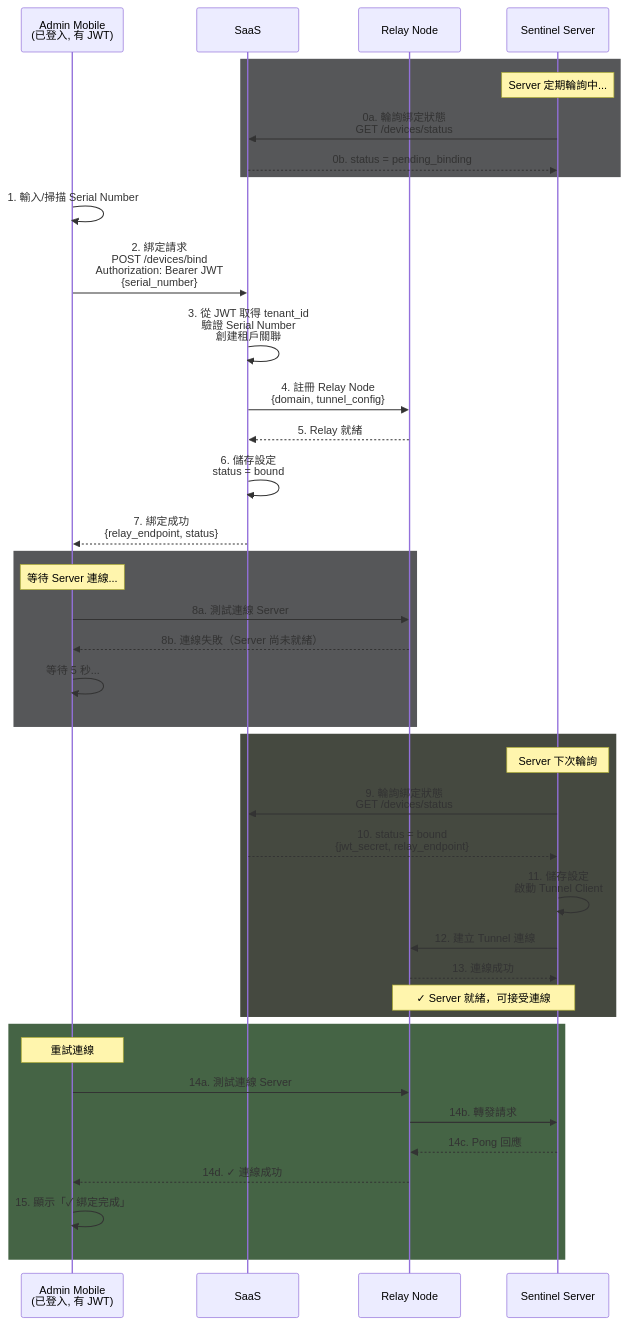
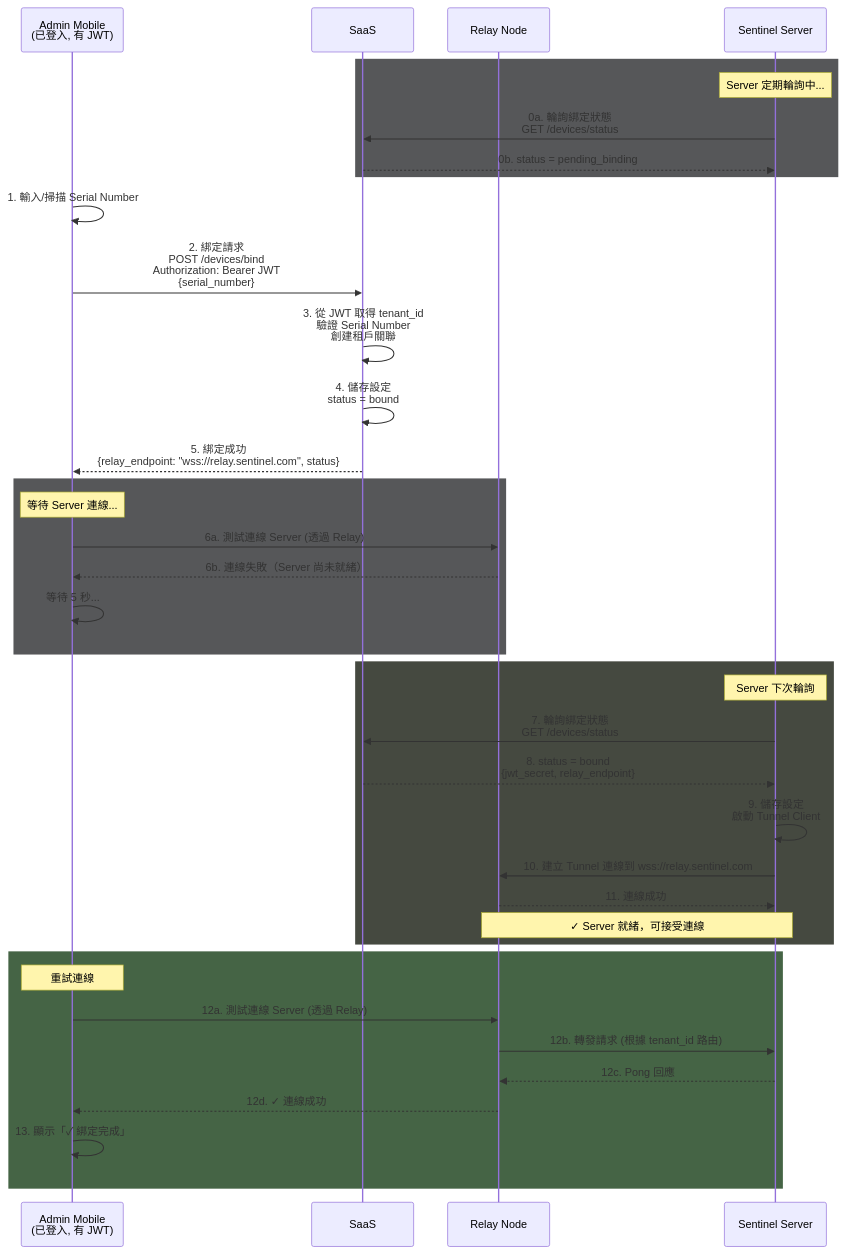
Before and after one commit to marychoucool/sentinelDesign: the sixth of 8 diagrams in connectivityArch.md, drawn with Mermaid. The commit also changed other lines of this file and 5 other files, not shown here.

Commit message:
decide relay tech. modify container diagram as relay change

````diff
--- a/connectivityArch.md
+++ b/connectivityArch.md
@@ -267,47 +276,45 @@
 ```mermaid
 sequenceDiagram
     participant Admin as Admin Mobile<br/>(已登入, 有 JWT)
     participant SaaS as SaaS
     participant Relay as Relay Node
     participant Server as Sentinel Server
 
     rect rgb(86, 87, 89)
         Note over Server: Server 定期輪詢中...
         Server->>SaaS: 0a. 輪詢綁定狀態<br/>GET /devices/status
         SaaS-->>Server: 0b. status = pending_binding
     end
 
     Admin->>Admin: 1. 輸入/掃描 Serial Number
     Admin->>SaaS: 2. 綁定請求<br/>POST /devices/bind<br/>Authorization: Bearer JWT<br/>{serial_number}
     SaaS->>SaaS: 3. 從 JWT 取得 tenant_id<br/>驗證 Serial Number<br/>創建租戶關聯
-    SaaS->>Relay: 4. 註冊 Relay Node<br/>{domain, tunnel_config}
-    Relay-->>SaaS: 5. Relay 就緒
-    SaaS->>SaaS: 6. 儲存設定<br/>status = bound
-    SaaS-->>Admin: 7. 綁定成功<br/>{relay_endpoint, status}
+    SaaS->>SaaS: 4. 儲存設定<br/>status = bound
+    SaaS-->>Admin: 5. 綁定成功<br/>{relay_endpoint: "wss://relay.sentinel.com", status}
 
     rect rgb(86, 87, 89)
         Note over Admin: 等待 Server 連線...
-        Admin->>Relay: 8a. 測試連線 Server
-        Relay-->>Admin: 8b. 連線失敗（Server 尚未就緒）
+        Admin->>Relay: 6a. 測試連線 Server (透過 Relay)
+        Relay-->>Admin: 6b. 連線失敗（Server 尚未就緒）
         Admin->>Admin: 等待 5 秒...
     end
 
     rect rgb(69, 73, 64)
         Note over Server: Server 下次輪詢
-        Server->>SaaS: 9. 輪詢綁定狀態<br/>GET /devices/status
-        SaaS-->>Server: 10. status = bound<br/>{jwt_secret, relay_endpoint}
-        Server->>Server: 11. 儲存設定<br/>啟動 Tunnel Client
-        Server->>Relay: 12. 建立 Tunnel 連線
-        Relay-->>Server: 13. 連線成功
+        Server->>SaaS: 7. 輪詢綁定狀態<br/>GET /devices/status
+        SaaS-->>Server: 8. status = bound<br/>{jwt_secret, relay_endpoint}
+        Server->>Server: 9. 儲存設定<br/>啟動 Tunnel Client
+        Server->>Relay: 10. 建立 Tunnel 連線到 wss://relay.sentinel.com
+        Relay-->>Server: 11. 連線成功
         Note over Server,Relay: ✓ Server 就緒，可接受連線
     end
 
     rect rgb(69, 100, 69)
         Note over Admin: 重試連線
-        Admin->>Relay: 14a. 測試連線 Server
-        Relay->>Server: 14b. 轉發請求
-        Server-->>Relay: 14c. Pong 回應
-        Relay-->>Admin: 14d. ✓ 連線成功
-        Admin->>Admin: 15. 顯示「✓ 綁定完成」
+        Admin->>Relay: 12a. 測試連線 Server (透過 Relay)
+        Relay->>Server: 12b. 轉發請求 (根據 tenant_id 路由)
+        Server-->>Relay: 12c. Pong 回應
+        Relay-->>Admin: 12d. ✓ 連線成功
+        Admin->>Admin: 13. 顯示「✓ 綁定完成」
     end
 ```
````
